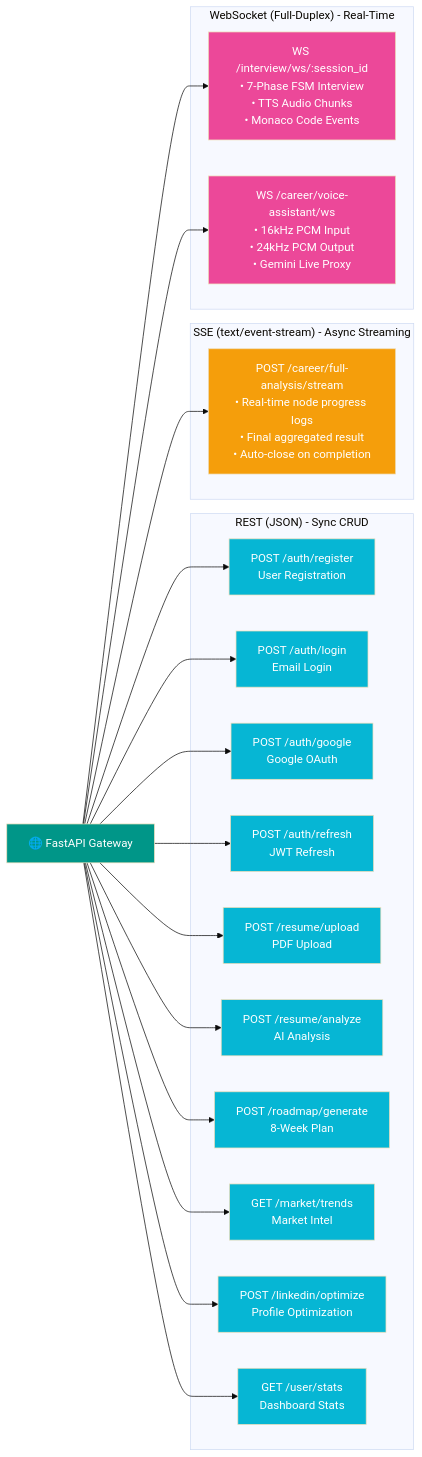
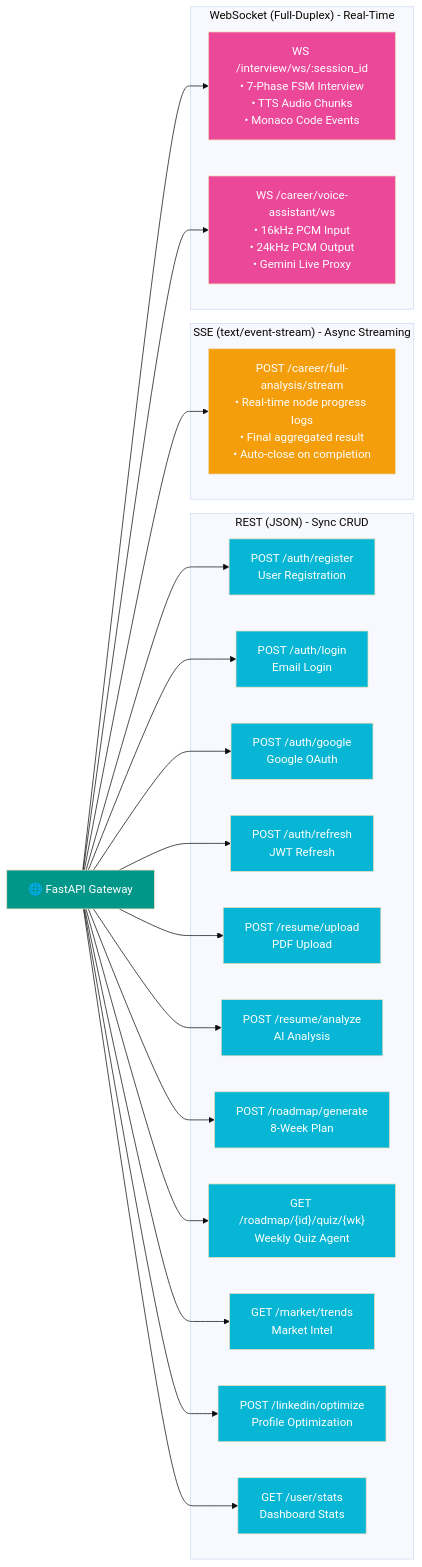
One commit to Anil-Pradhan-web/ai-career-mentor changed the second of 34 diagrams in ARCHITECTURE.md. Above: the diagram before and after it, drawn with Mermaid (base theme). The commit also changed 2 other files, not shown here.

Commit message:
Document Roadmap Quiz Agent and endpoint /roadmap/{id}/quiz/{wk} in README.md, ARCHITECTURE.md and SYSTEM.md

````diff
--- a/ARCHITECTURE.md
+++ b/ARCHITECTURE.md
@@ -125,37 +125,38 @@
 ```mermaid
 graph LR
     classDef rest fill:#06b6d4,color:#fff
     classDef sse fill:#f59e0b,color:#fff
     classDef ws fill:#ec4899,color:#fff
 
     subgraph "REST (JSON) - Sync CRUD"
         R1["POST /auth/register<br/>User Registration"]
         R2["POST /auth/login<br/>Email Login"]
         R3["POST /auth/google<br/>Google OAuth"]
         R4["POST /auth/refresh<br/>JWT Refresh"]
         R5["POST /resume/upload<br/>PDF Upload"]
         R6["POST /resume/analyze<br/>AI Analysis"]
         R7["POST /roadmap/generate<br/>8-Week Plan"]
+        R7_Q["GET /roadmap/{id}/quiz/{wk}<br/>Weekly Quiz Agent"]
         R8["GET /market/trends<br/>Market Intel"]
         R9["POST /linkedin/optimize<br/>Profile Optimization"]
         R10["GET /user/stats<br/>Dashboard Stats"]
     end
 
     subgraph "SSE (text/event-stream) - Async Streaming"
         S1["POST /career/full-analysis/stream<br/>• Real-time node progress logs<br/>• Final aggregated result<br/>• Auto-close on completion"]
     end
 
     subgraph "WebSocket (Full-Duplex) - Real-Time"
         W1["WS /interview/ws/:session_id<br/>• 7-Phase FSM Interview<br/>• TTS Audio Chunks<br/>• Monaco Code Events"]
         W2["WS /career/voice-assistant/ws<br/>• 16kHz PCM Input<br/>• 24kHz PCM Output<br/>• Gemini Live Proxy"]
     end
 
-    API["🌐 FastAPI Gateway"] --> R1 & R2 & R3 & R4 & R5 & R6 & R7 & R8 & R9 & R10
+    API["🌐 FastAPI Gateway"] --> R1 & R2 & R3 & R4 & R5 & R6 & R7 & R7_Q & R8 & R9 & R10
     API --> S1
     API --> W1 & W2
 
     style API fill:#009688,color:#fff
-    class R1,R2,R3,R4,R5,R6,R7,R8,R9,R10 rest
+    class R1,R2,R3,R4,R5,R6,R7,R7_Q,R8,R9,R10 rest
     class S1 sse
     class W1,W2 ws
 ```
````
